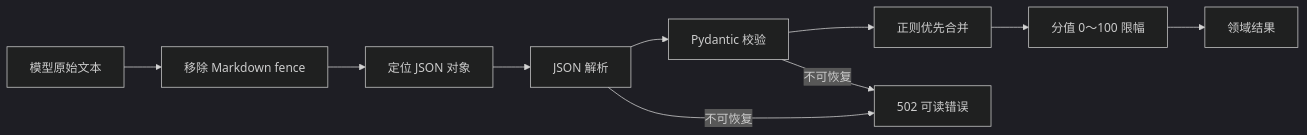
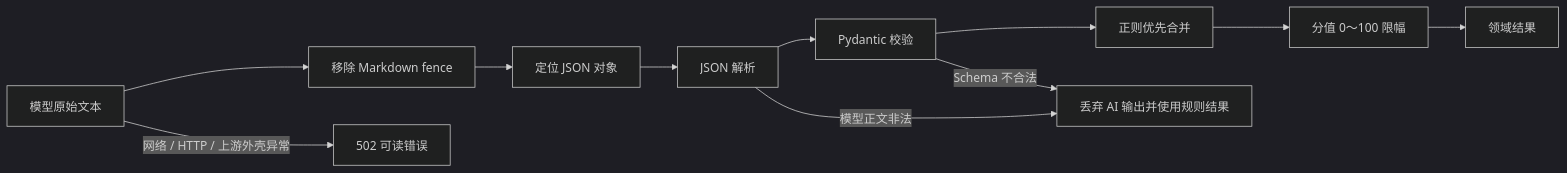
The fourth of 5 diagrams in docs/architecture.md (ZYZ666-RGB/ai-resume-analyzer), drawn with Mermaid (dark theme) before and after one commit. The commit also changed other lines of this file and 41 other files, not shown here.

````diff
--- a/docs/architecture.md
+++ b/docs/architecture.md
@@ -196,12 +200,13 @@
 ```mermaid
 flowchart LR
     Raw["模型原始文本"] --> Strip["移除 Markdown fence"]
     Strip --> Extract["定位 JSON 对象"]
     Extract --> Parse["JSON 解析"]
     Parse --> Validate["Pydantic 校验"]
     Validate --> Merge["正则优先合并"]
     Merge --> Clamp["分值 0～100 限幅"]
     Clamp --> Safe["领域结果"]
-    Parse -->|"不可恢复"| Error["502 可读错误"]
-    Validate -->|"不可恢复"| Error
+    Parse -->|"模型正文非法"| Fallback["丢弃 AI 输出并使用规则结果"]
+    Validate -->|"Schema 不合法"| Fallback
+    Raw -->|"网络 / HTTP / 上游外壳异常"| Error["502 可读错误"]
 ```
````
